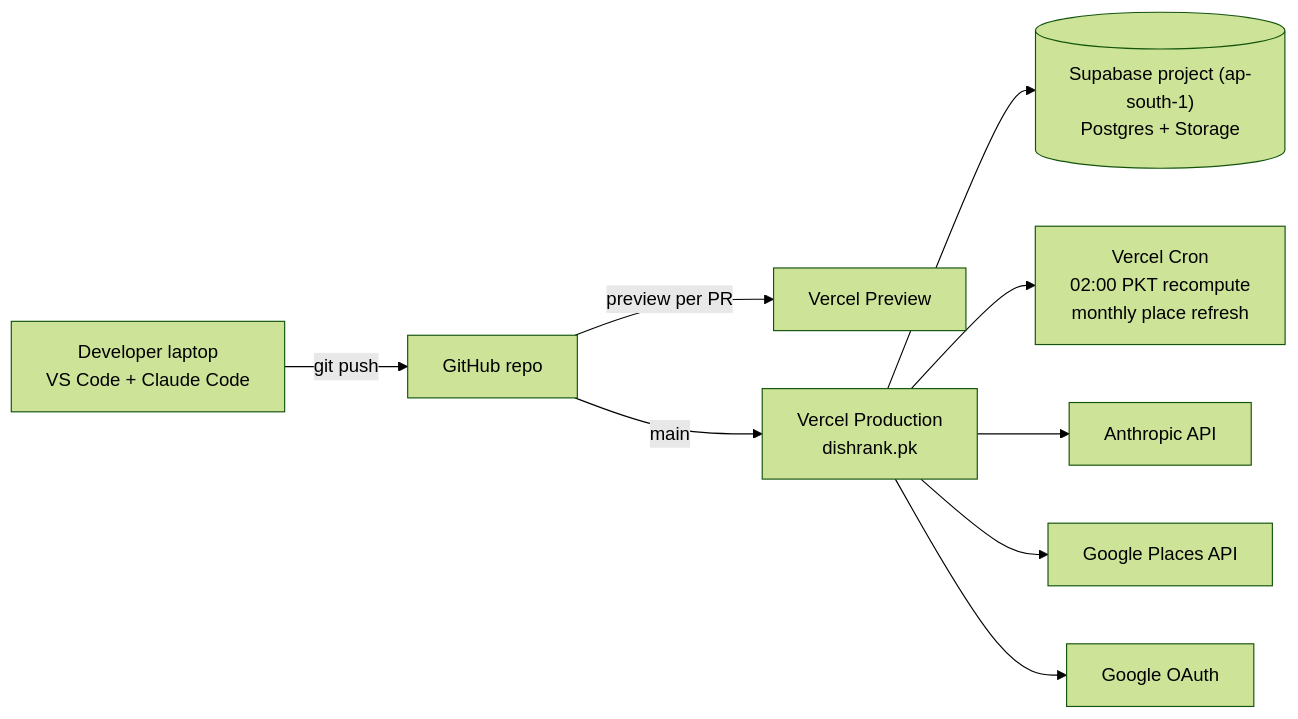
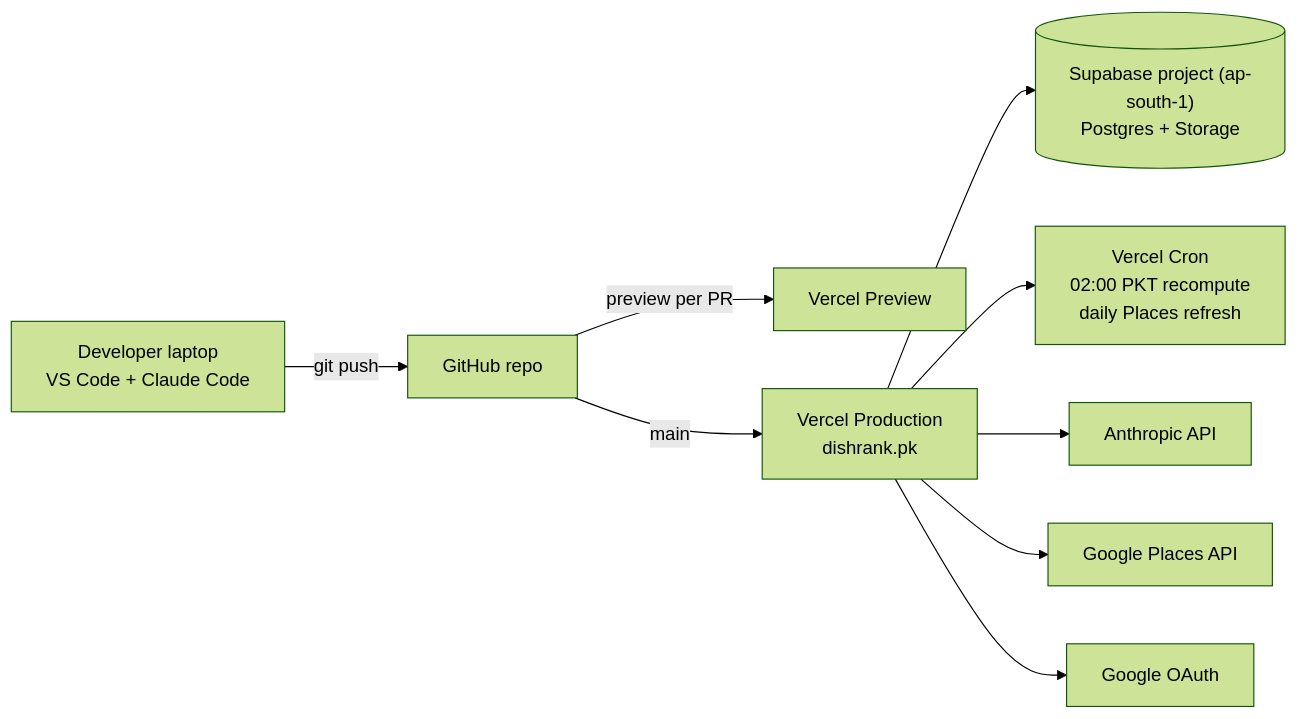
One commit to JawadSarfraz/dishrank changed the eighth of 8 diagrams in docs/02-ARCHITECTURE.md. Above: the diagram before and after it, drawn with Mermaid (forest theme). The commit also changed other lines of this file and 12 other files, not shown here.

````diff
--- a/docs/02-ARCHITECTURE.md
+++ b/docs/02-ARCHITECTURE.md
@@ -161,11 +161,11 @@
 ```mermaid
 flowchart LR
   Dev["Developer laptop<br/>VS Code + Claude Code"] -->|git push| GH["GitHub repo"]
   GH -->|preview per PR| VP["Vercel Preview"]
   GH -->|main| VProd["Vercel Production<br/>dishrank.pk"]
   VProd --> SB[("Supabase project (ap-south-1)<br/>Postgres + Storage")]
-  VProd --> Cron["Vercel Cron<br/>02:00 PKT recompute<br/>monthly place refresh"]
+  VProd --> Cron["Vercel Cron<br/>02:00 PKT recompute<br/>daily Places refresh"]
   VProd --> Ant["Anthropic API"]
   VProd --> GP["Google Places API"]
   VProd --> GO["Google OAuth"]
 ```
````
